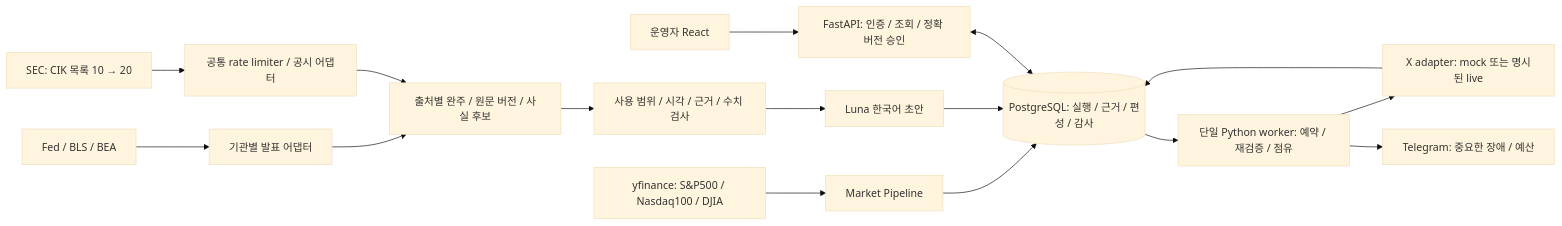
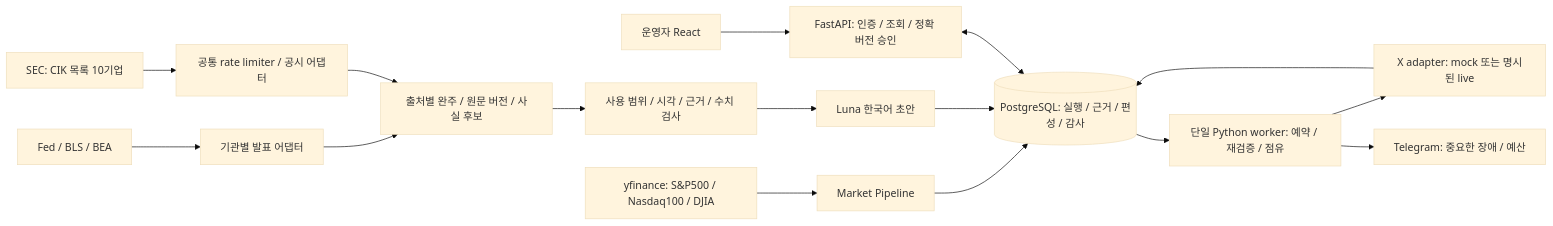
The first of 3 diagrams in docs/specifications/시스템_구성과_주요_시퀀스.md (luvulmi/xfolio), drawn with Mermaid (base theme) before and after one commit. The commit also changed other lines of this file and 26 other files, not shown here.

````diff
--- a/docs/specifications/시스템_구성과_주요_시퀀스.md
+++ b/docs/specifications/시스템_구성과_주요_시퀀스.md
@@ -8,18 +8,18 @@
 ```mermaid
 flowchart LR
   Y["yfinance: S&P500 / Nasdaq100 / DJIA"] --> M["Market Pipeline"]
   F["Fed / BLS / BEA"] --> N["기관별 발표 어댑터"]
-  S["SEC: CIK 목록 10 → 20"] --> E["공통 rate limiter / 공시 어댑터"]
+  S["SEC: CIK 목록 10기업"] --> E["공통 rate limiter / 공시 어댑터"]
   N --> C["출처별 완주 / 원문 버전 / 사실 후보"]
   E --> C
   C --> V["사용 범위 / 시각 / 근거 / 수치 검사"]
   V --> L["Luna 한국어 초안"]
   M --> D[("PostgreSQL: 실행 / 근거 / 편성 / 감사")]
   L --> D
   U["운영자 React"] --> A["FastAPI: 인증 / 조회 / 정확 버전 승인"]
   A <--> D
   D --> W["단일 Python worker: 예약 / 재검증 / 점유"]
   W --> X["X adapter: mock 또는 명시된 live"]
   W --> T["Telegram: 중요한 장애 / 예산"]
   X --> D
 ```
````
